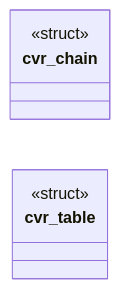
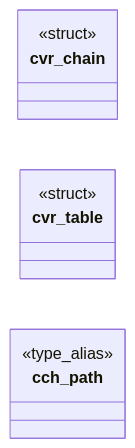
The diagram in readmenator-apidocs/modules/include.css_chain.h.md (grisuno/FreeDom), drawn with Mermaid before and after one commit. The commit also changed other lines of this file and 205 other files, not shown here.

````diff
--- a/readmenator-apidocs/modules/include.css_chain.h.md
+++ b/readmenator-apidocs/modules/include.css_chain.h.md
@@ -13,8 +14,10 @@
 ```mermaid
 classDiagram
     direction LR
     class cvr_chain
     <<struct>> cvr_chain
     class cvr_table
     <<struct>> cvr_table
+    class cch_path
+    <<type_alias>> cch_path
 ```
````
